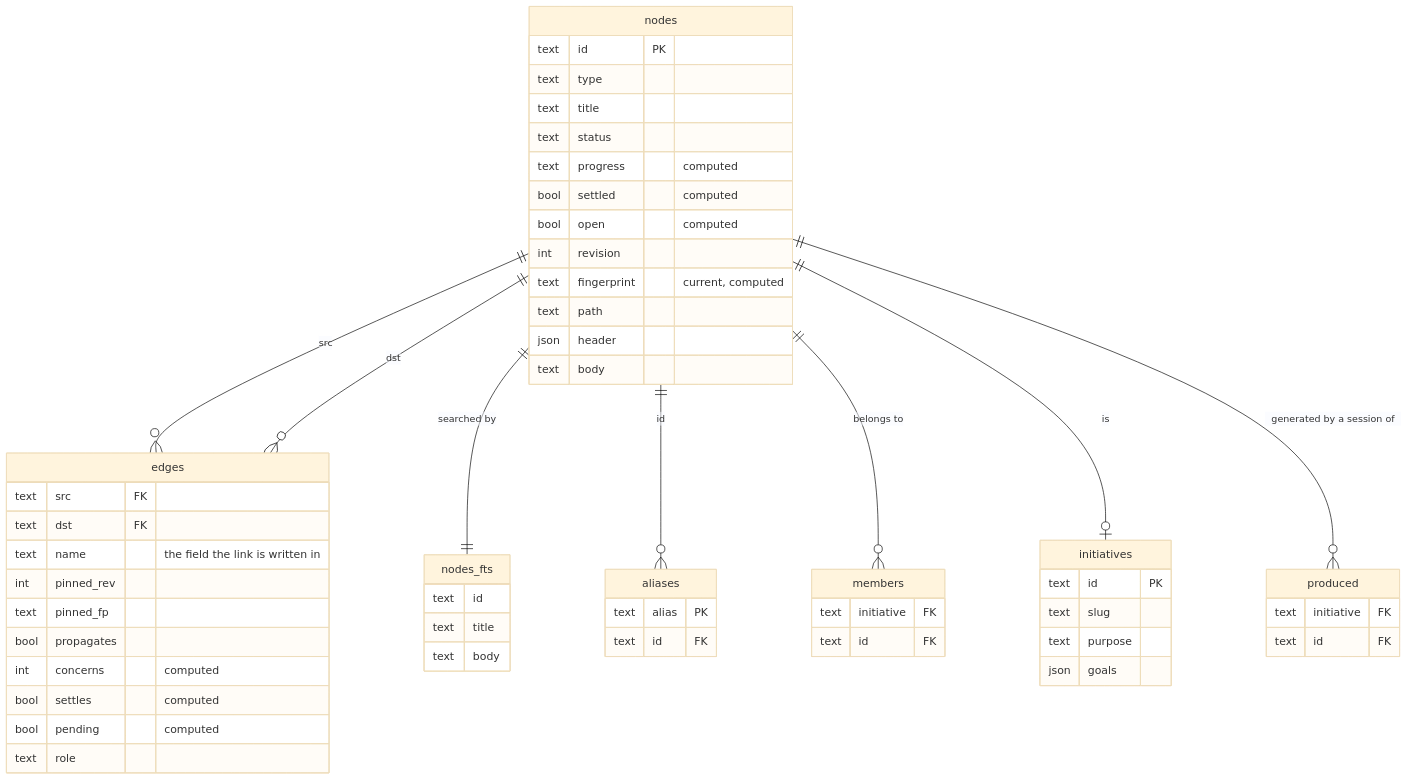
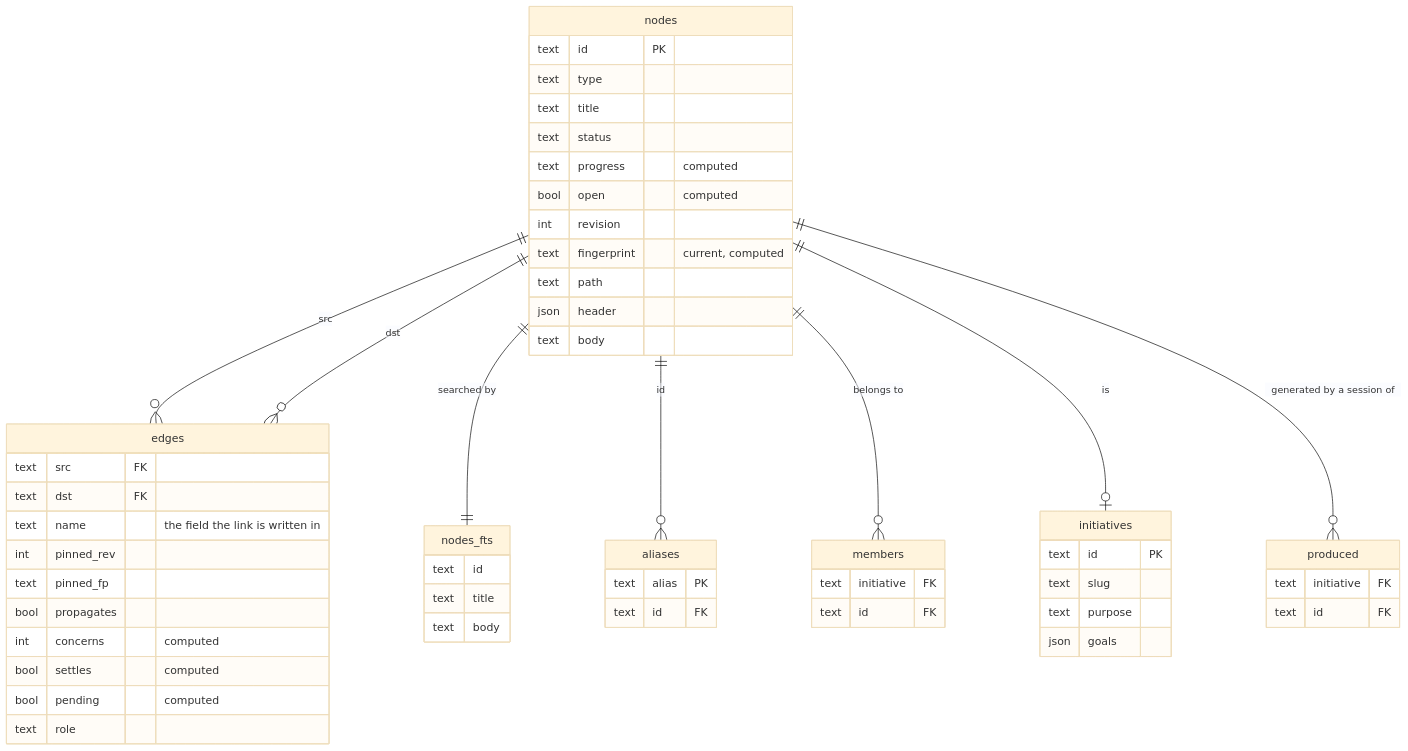
The diagram in docs/context-graph/03-implementation.md (andycondon/loremason), drawn with Mermaid (base theme) before and after one commit. The commit also changed 3 other files, not shown here.

````diff
--- a/docs/context-graph/03-implementation.md
+++ b/docs/context-graph/03-implementation.md
@@ -295,59 +295,58 @@
 ```mermaid
 erDiagram
   nodes ||--o{ edges : "src"
   nodes ||--o{ edges : "dst"
   nodes ||--|| nodes_fts : "searched by"
   nodes ||--o{ aliases : "id"
   nodes ||--o{ members : "belongs to"
   nodes ||--o| initiatives : "is"
   nodes ||--o{ produced : "generated by a session of"
   nodes {
     text id PK
     text type
     text title
     text status
     text progress "computed"
-    bool settled "computed"
     bool open "computed"
     int revision
     text fingerprint "current, computed"
     text path
     json header
     text body
   }
   edges {
     text src FK
     text dst FK
     text name "the field the link is written in"
     int pinned_rev
     text pinned_fp
     bool propagates
     int concerns "computed"
     bool settles "computed"
     bool pending "computed"
     text role
   }
   members {
     text initiative FK
     text id FK
   }
   initiatives {
     text id PK
     text slug
     text purpose
     json goals
   }
   produced {
     text initiative FK
     text id FK
   }
   aliases {
     text alias PK
     text id FK
   }
   nodes_fts {
     text id
     text title
     text body
   }
 ```
````
